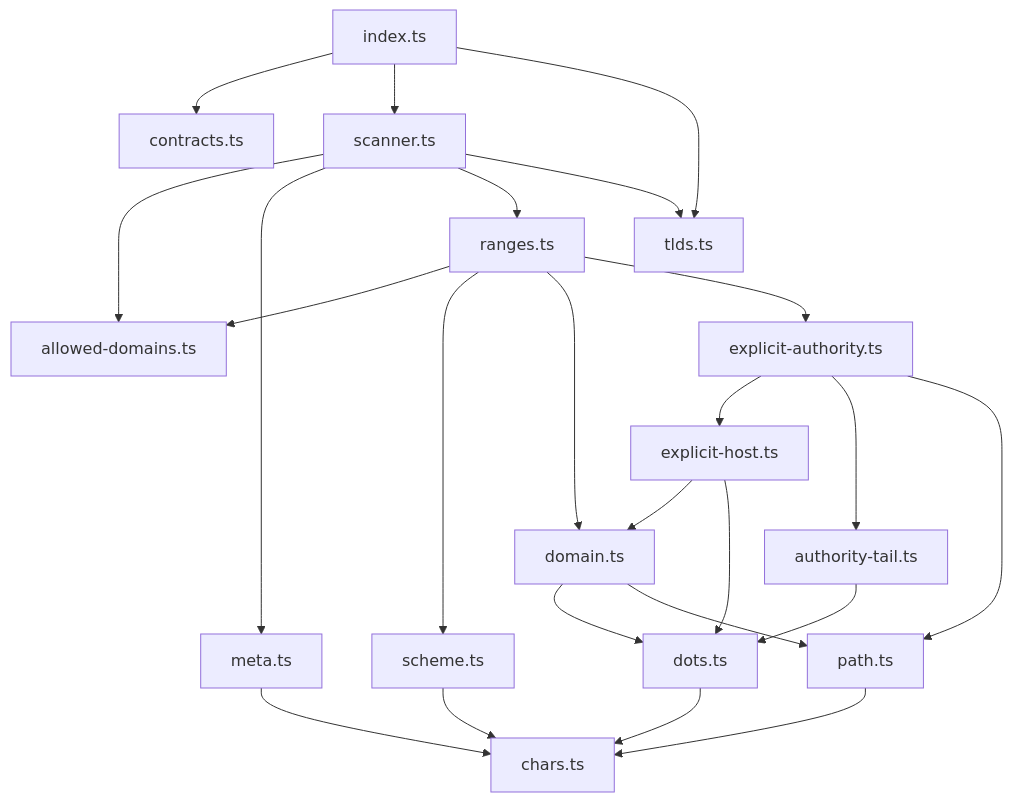
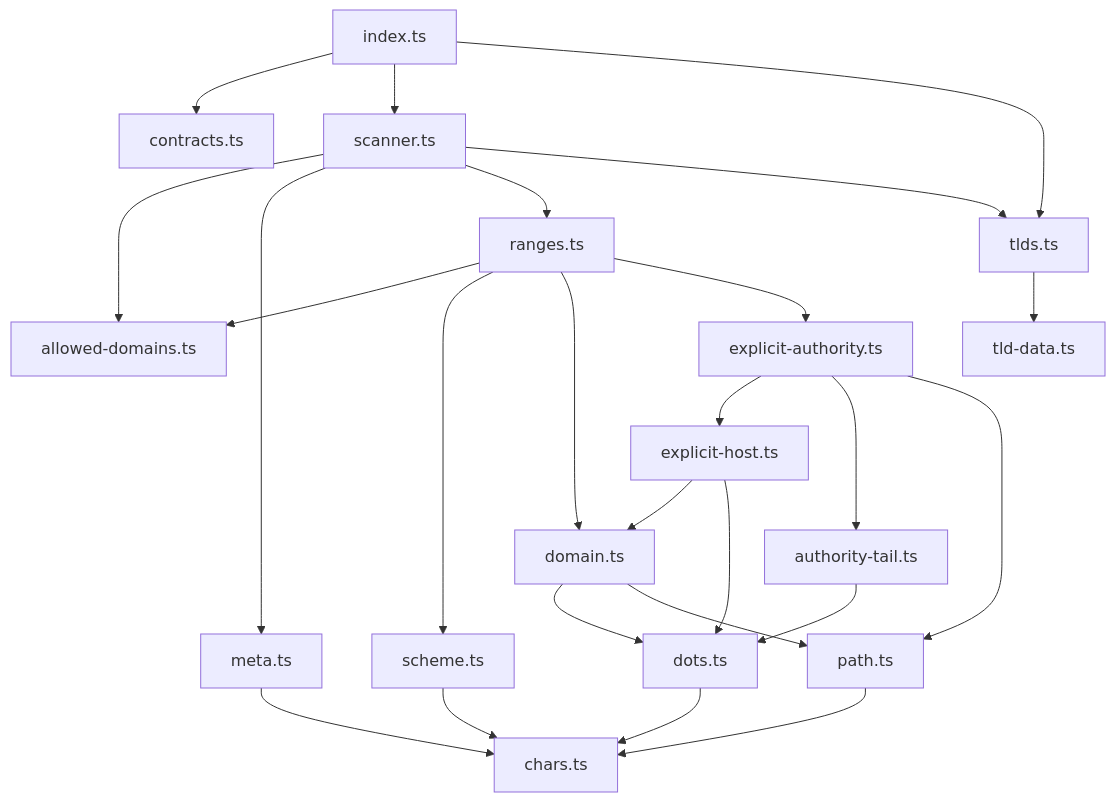
The second of 2 diagrams in packages/url/docs/architecture.md (textfilters/textfilters), drawn with Mermaid before and after one commit. The commit also changed other lines of this file and 17 other files, not shown here.

````diff
--- a/packages/url/docs/architecture.md
+++ b/packages/url/docs/architecture.md
@@ -49,26 +51,27 @@
 ```mermaid
 graph TD
   index["index.ts"] --> contracts["contracts.ts"]
   index --> scanner["scanner.ts"]
   index --> tlds["tlds.ts"]
   scanner --> allowed["allowed-domains.ts"]
   scanner --> meta["meta.ts"]
   scanner --> ranges["ranges.ts"]
   scanner --> tlds
+  tlds --> tldData["tld-data.ts"]
   ranges --> allowed
   ranges --> scheme["scheme.ts"]
   ranges --> domain["domain.ts"]
   ranges --> explicit["explicit-authority.ts"]
   explicit --> host["explicit-host.ts"]
   explicit --> tail["authority-tail.ts"]
   explicit --> path["path.ts"]
   host --> domain
   host --> dots["dots.ts"]
   tail --> dots
   domain --> dots["dots.ts"]
   domain --> path
   scheme --> chars["chars.ts"]
   dots --> chars
   meta --> chars
   path --> chars
 ```
````
